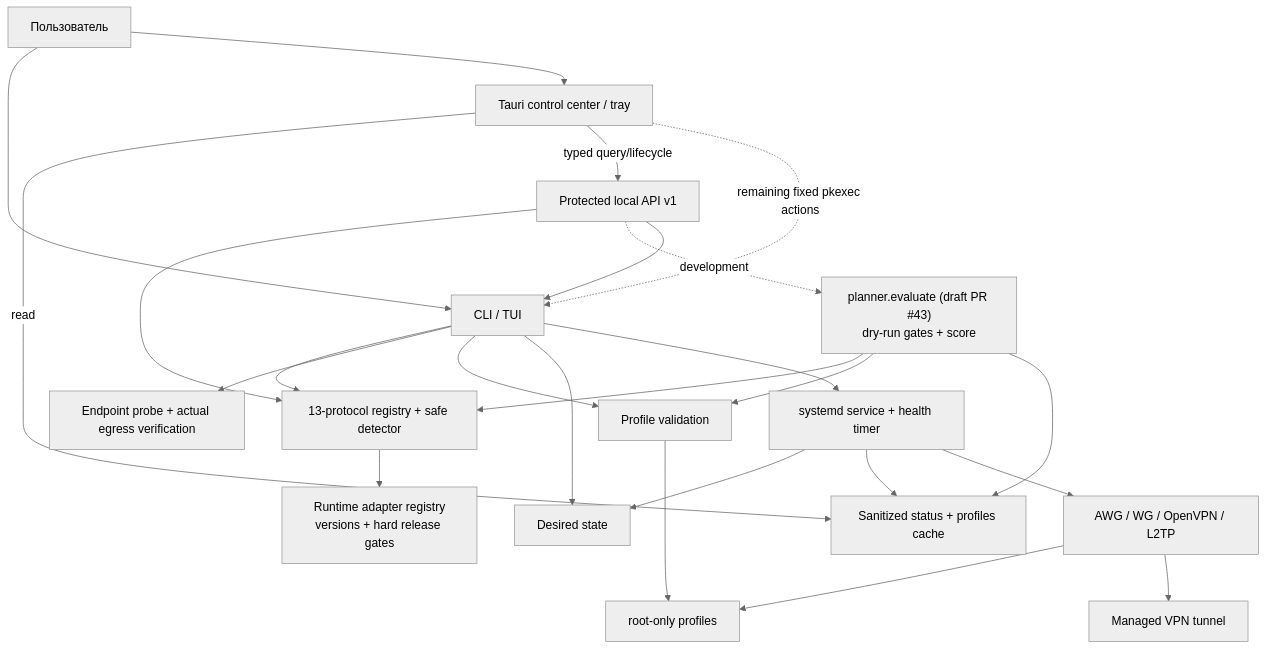
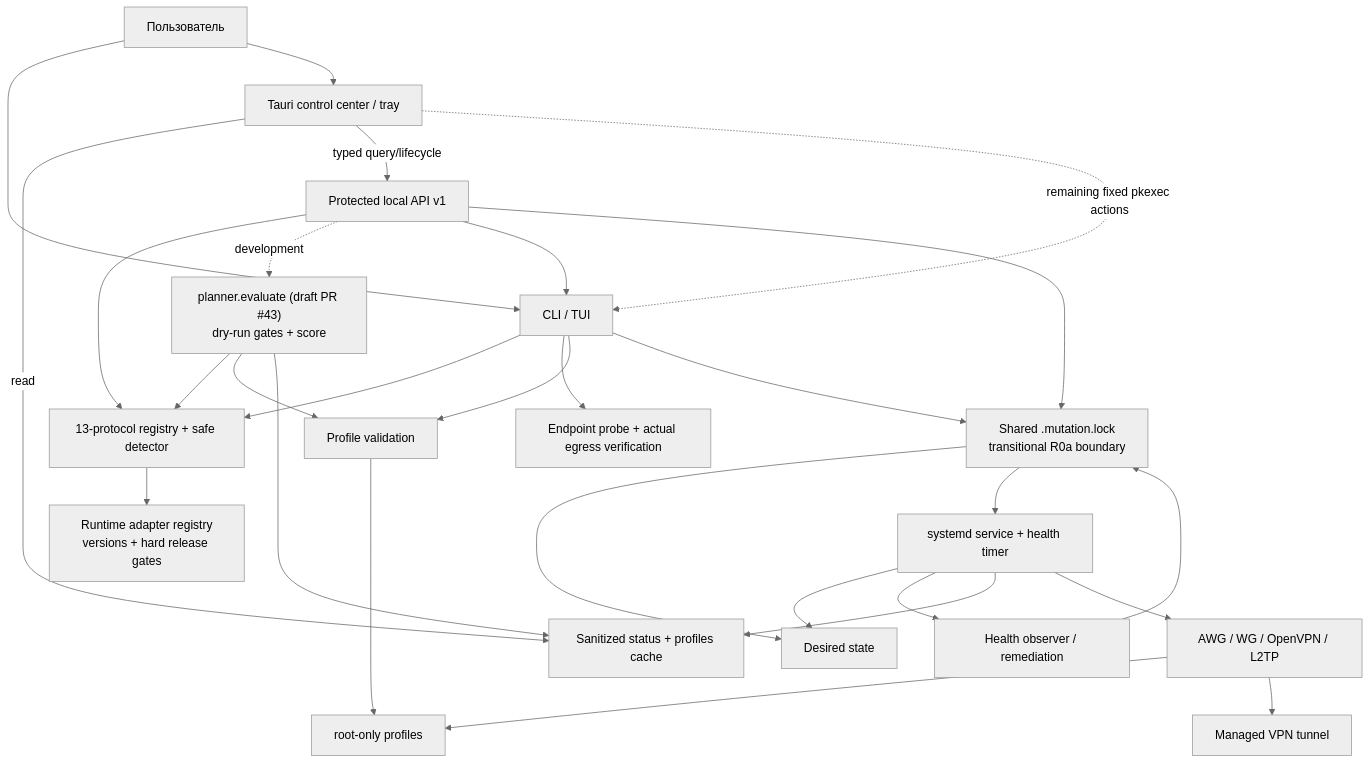
One commit to mazurovn/mazzy-vpn changed the first of 3 diagrams in wiki/Architecture.md. Above: the diagram before and after it, drawn with Mermaid (neutral theme). The commit also changed other lines of this file and 38 other files, not shown here.

Commit message:
feat: add agent control architecture and serialize mutations

````diff
--- a/wiki/Architecture.md
+++ b/wiki/Architecture.md
@@ -10,42 +10,48 @@
 ```mermaid
 flowchart TB
     User["Пользователь"]
     TUI["CLI / TUI"]
     Desktop["Tauri control center / tray"]
     API["Protected local API v1"]
     Registry["13-protocol registry + safe detector"]
     RuntimeRegistry["Runtime adapter registry<br/>versions + hard release gates"]
     Planner["planner.evaluate (draft PR #43)<br/>dry-run gates + score"]
     Cache["Sanitized status + profiles cache"]
     Verify["Endpoint probe + actual egress verification"]
     Validate["Profile validation"]
+    MutationLock["Shared .mutation.lock<br/>transitional R0a boundary"]
+    Health["Health observer / remediation"]
     State["Desired state"]
     Systemd["systemd service + health timer"]
     Engines["AWG / WG / OpenVPN / L2TP"]
     Profiles["root-only profiles"]
     Tunnel["Managed VPN tunnel"]
 
     User --> TUI
     User --> Desktop
     Desktop -->|read| Cache
     Desktop -->|typed query/lifecycle| API
     TUI --> Registry
     Registry --> RuntimeRegistry
     API --> Registry
     API -. development .-> Planner
     Planner --> Registry
     Planner --> Validate
     Planner --> Cache
     API --> TUI
     Desktop -. remaining fixed pkexec actions .-> TUI
     TUI --> Verify
     TUI --> Validate
     Validate --> Profiles
-    TUI --> State
-    TUI --> Systemd
+    TUI --> MutationLock
+    API --> MutationLock
+    Health --> MutationLock
+    MutationLock --> State
+    MutationLock --> Systemd
     Systemd --> State
+    Systemd --> Health
     Systemd --> Cache
     Systemd --> Engines
     Engines --> Profiles
     Engines --> Tunnel
 ```
````
